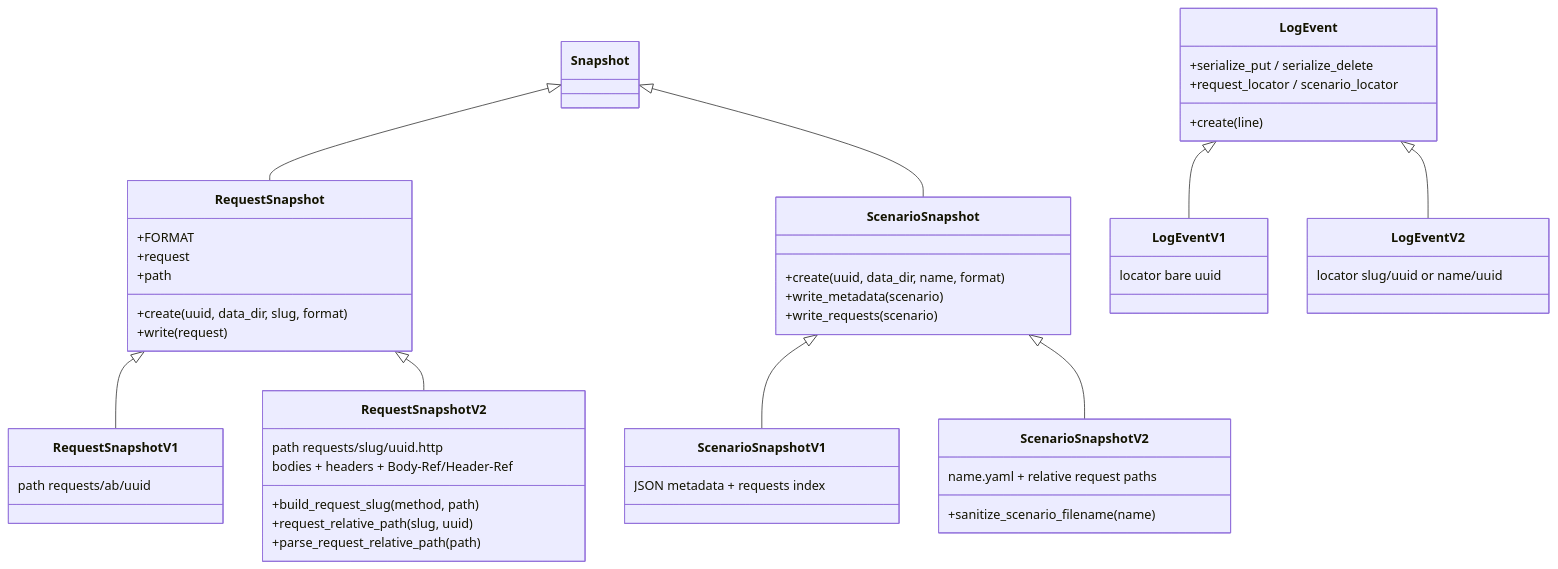
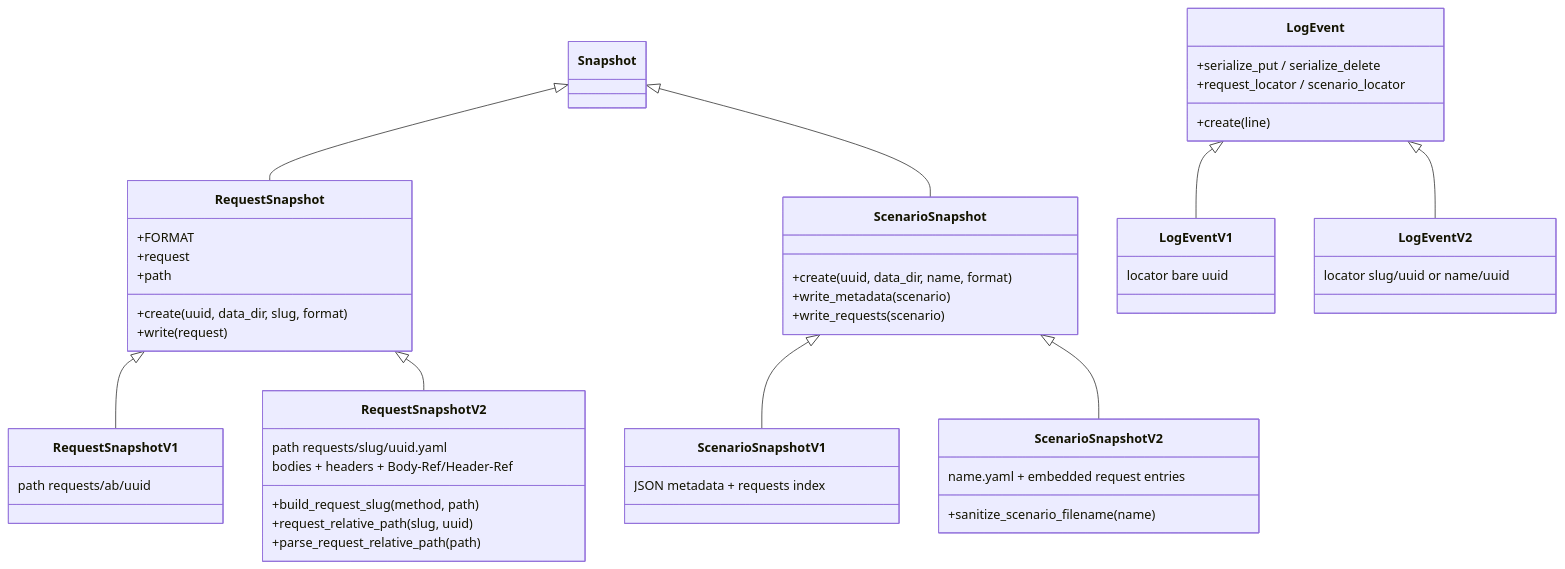
Before and after one commit to Stoobly/stoobly-agent: the second of 2 diagrams in docs/snapshot-create.md, drawn with Mermaid. The commit also changed other lines of this file and 50 other files, not shown here.

First line of the commit message:
895 centralize scenario request snapshots in yaml file (#896)

````diff
--- a/docs/snapshot-create.md
+++ b/docs/snapshot-create.md
@@ -40,52 +40,52 @@
 ```mermaid
 classDiagram
   Snapshot <|-- RequestSnapshot
   RequestSnapshot <|-- RequestSnapshotV1
   RequestSnapshot <|-- RequestSnapshotV2
   Snapshot <|-- ScenarioSnapshot
   ScenarioSnapshot <|-- ScenarioSnapshotV1
   ScenarioSnapshot <|-- ScenarioSnapshotV2
   LogEvent <|-- LogEventV1
   LogEvent <|-- LogEventV2
 
   class RequestSnapshot {
     +create(uuid, data_dir, slug, format)
     +FORMAT
     +write(request)
     +request
     +path
   }
   class RequestSnapshotV1 {
     path requests/ab/uuid
   }
   class RequestSnapshotV2 {
     +build_request_slug(method, path)
     +request_relative_path(slug, uuid)
     +parse_request_relative_path(path)
-    path requests/slug/uuid.http
+    path requests/slug/uuid.yaml
     bodies + headers + Body-Ref/Header-Ref
   }
   class ScenarioSnapshot {
     +create(uuid, data_dir, name, format)
     +write_metadata(scenario)
     +write_requests(scenario)
   }
   class ScenarioSnapshotV1 {
     JSON metadata + requests index
   }
   class ScenarioSnapshotV2 {
     +sanitize_scenario_filename(name)
-    name.yaml + relative request paths
+    name.yaml + embedded request entries
   }
   class LogEvent {
     +create(line)
     +serialize_put / serialize_delete
     +request_locator / scenario_locator
   }
   class LogEventV1 {
     locator bare uuid
   }
   class LogEventV2 {
     locator slug/uuid or name/uuid
   }
 ```
````
